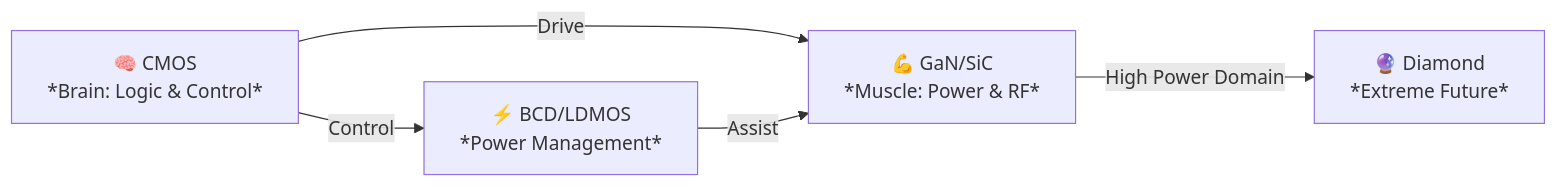
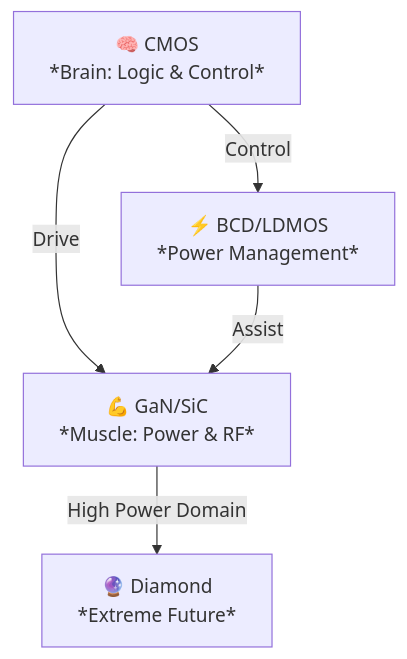
Before and after one commit to Samizo-AITL/Edusemi-Plus: the second of 2 diagrams in materials/6_cmos_wbg_summary.md, drawn with Mermaid.

````diff
--- a/materials/6_cmos_wbg_summary.md
+++ b/materials/6_cmos_wbg_summary.md
@@ -101,12 +101,12 @@
 ```mermaid
-graph LR
+graph TB
     A[🧠 CMOS<br>*Brain: Logic & Control*]
     B[⚡ BCD/LDMOS<br>*Power Management*]
     C[💪 GaN/SiC<br>*Muscle: Power & RF*]
     D[🔮 Diamond<br>*Extreme Future*]
 
     A -->|Control| B
     A -->|Drive| C
     B -->|Assist| C
     C -->|High Power Domain| D
 ```
````
